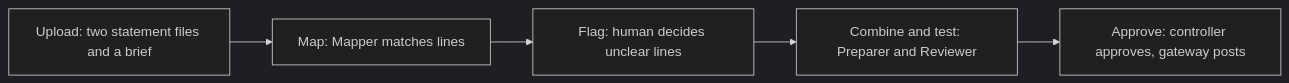
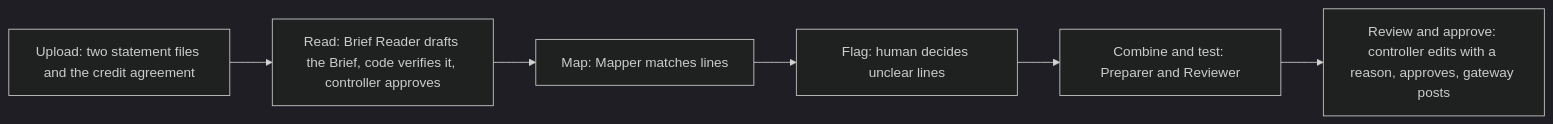
The first of 2 diagrams in README.md (cayden-h/stochastic), drawn with Mermaid (dark theme) before and after one commit. The commit also changed other lines of this file and 39 other files, not shown here.

````diff
--- a/README.md
+++ b/README.md
@@ -52,7 +51,8 @@
 ```mermaid
 flowchart LR
-    A["Upload: two statement files and a brief"] --> B["Map: Mapper matches lines"]
+    A["Upload: two statement files and the credit agreement"] --> R["Read: Brief Reader drafts the Brief, code verifies it, controller approves"]
+    R --> B["Map: Mapper matches lines"]
     B --> C["Flag: human decides unclear lines"]
     C --> D["Combine and test: Preparer and Reviewer"]
-    D --> E["Approve: controller approves, gateway posts"]
+    D --> E["Review and approve: controller edits with a reason, approves, gateway posts"]
 ```
````
